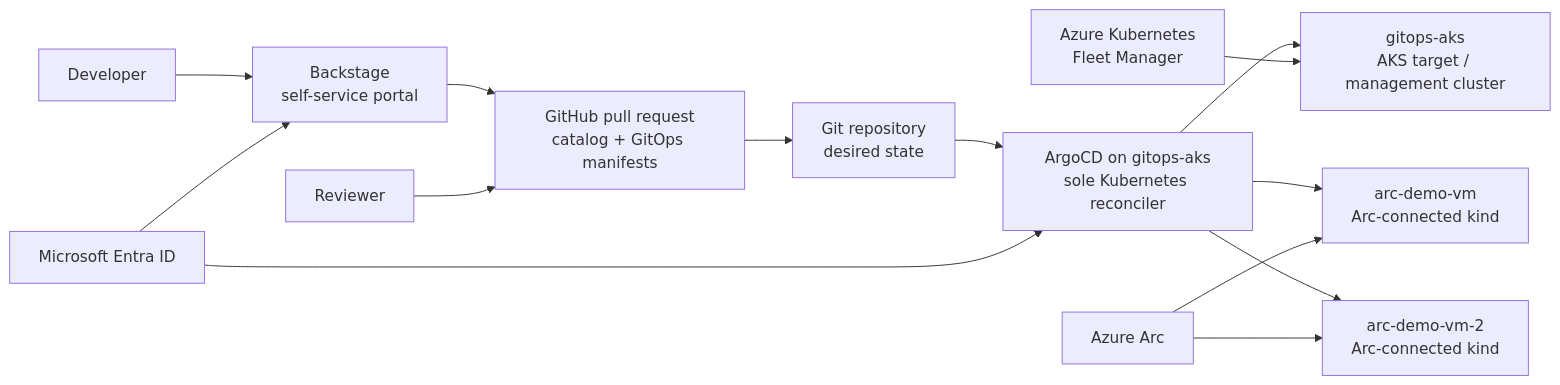
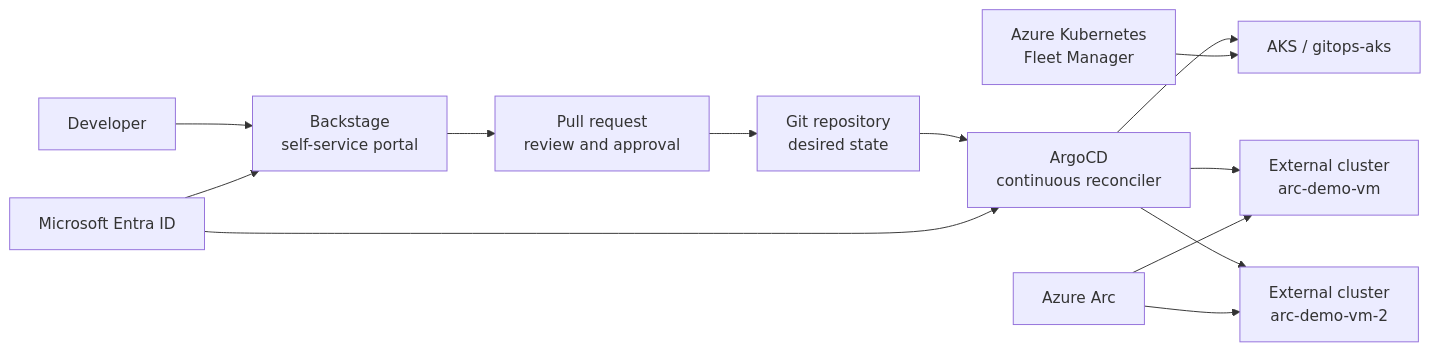
One commit to zhangchl007/aks-platform-engineering changed the diagram in docs/customer-demo-end-to-end-runbook.md. Above: the diagram before and after it, drawn with Mermaid. The commit also changed other lines of this file and 2 other files, not shown here.

Commit message:
Add Chinese customer demo guide

````diff
--- a/docs/customer-demo-end-to-end-runbook.md
+++ b/docs/customer-demo-end-to-end-runbook.md
@@ -35,16 +30,15 @@
 ```mermaid
 flowchart LR
   Dev["Developer"] --> Backstage["Backstage<br/>self-service portal"]
-  Backstage --> PR["GitHub pull request<br/>catalog + GitOps manifests"]
-  Reviewer["Reviewer"] --> PR
+  Backstage --> PR["Pull request<br/>review and approval"]
   PR --> Git["Git repository<br/>desired state"]
-  Git --> Argo["ArgoCD on gitops-aks<br/>sole Kubernetes reconciler"]
-  Argo --> AKS["gitops-aks<br/>AKS target / management cluster"]
-  Argo --> Arc1["arc-demo-vm<br/>Arc-connected kind"]
-  Argo --> Arc2["arc-demo-vm-2<br/>Arc-connected kind"]
+  Git --> Argo["ArgoCD<br/>continuous reconciler"]
+  Argo --> AKS["AKS / gitops-aks"]
+  Argo --> Arc1["External cluster<br/>arc-demo-vm"]
+  Argo --> Arc2["External cluster<br/>arc-demo-vm-2"]
   Fleet["Azure Kubernetes<br/>Fleet Manager"] --> AKS
   Arc["Azure Arc"] --> Arc1
   Arc --> Arc2
   Entra["Microsoft Entra ID"] --> Backstage
   Entra --> Argo
 ```
````
